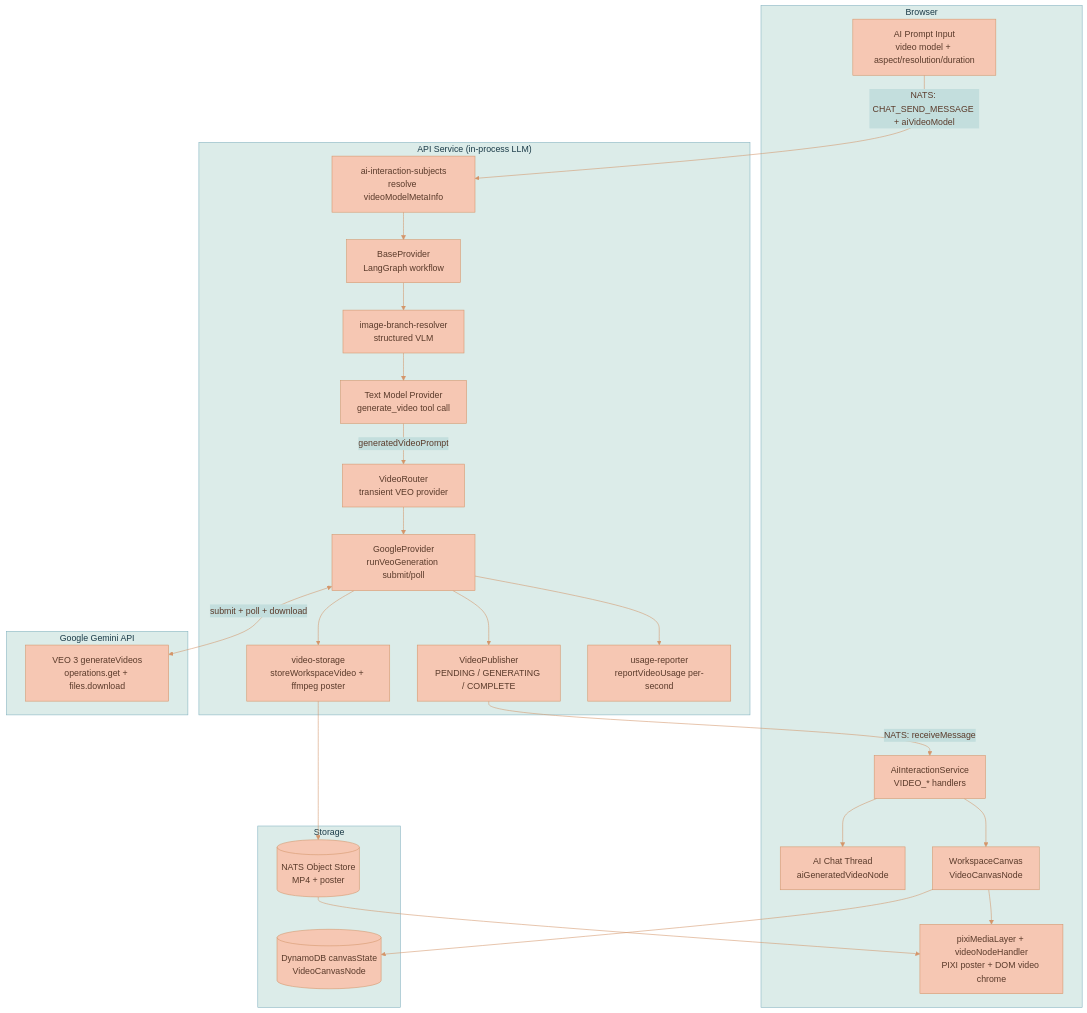
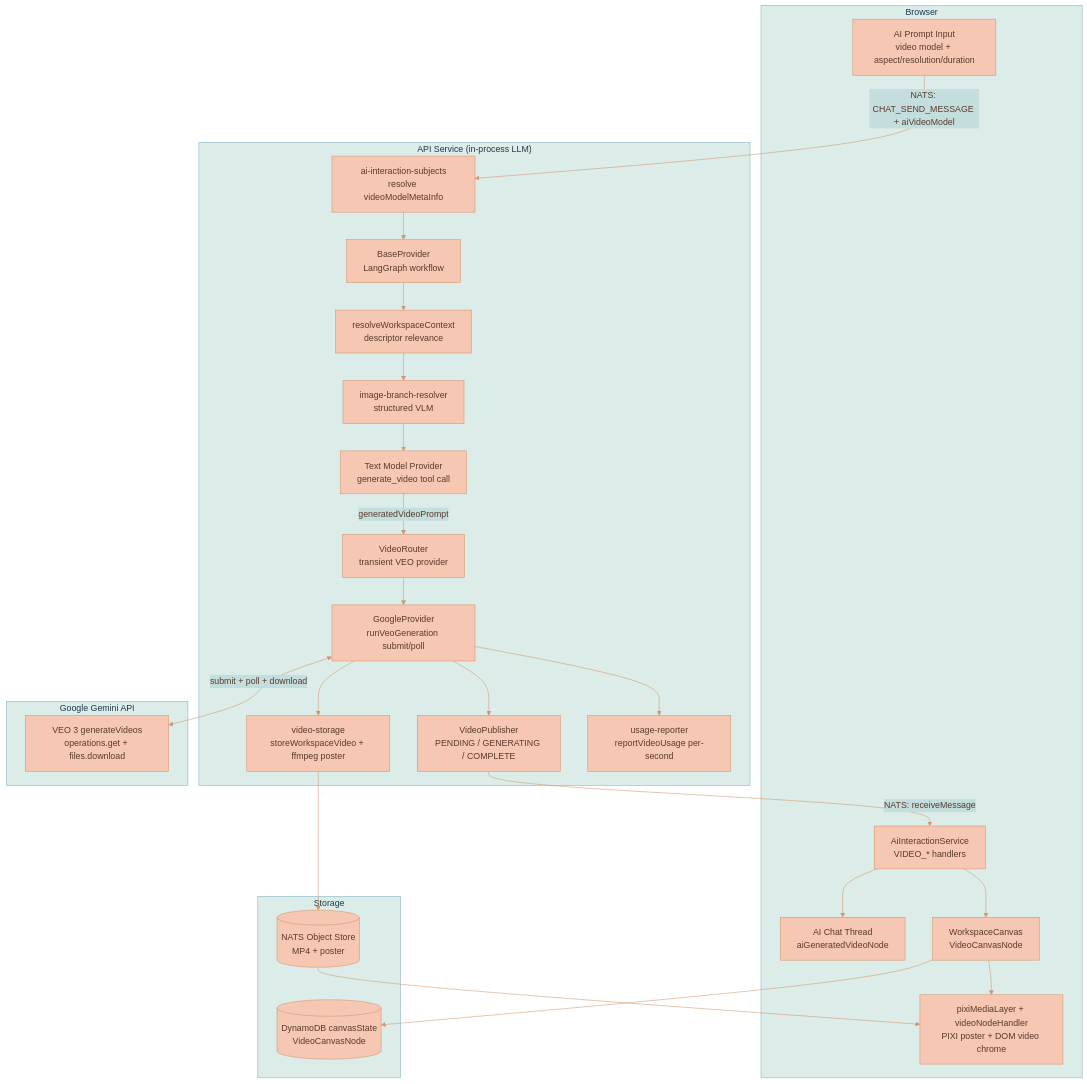
Before and after one commit to Lixpi/lixpi: the first of 3 diagrams in documentation/features/VIDEO-GENERATION.md, drawn with Mermaid. The commit also changed other lines of this file and 36 other files, not shown here.

````diff
--- a/documentation/features/VIDEO-GENERATION.md
+++ b/documentation/features/VIDEO-GENERATION.md
@@ -23,50 +25,52 @@
 ```mermaid
 %%{init: {'theme': 'base', 'themeVariables': { 'primaryColor': '#F6C7B3', 'primaryTextColor': '#5a3a2a', 'primaryBorderColor': '#d4956a', 'secondaryColor': '#C3DEDD', 'secondaryTextColor': '#1a3a47', 'secondaryBorderColor': '#4a8a9d', 'tertiaryColor': '#DCECE9', 'tertiaryTextColor': '#1a3a47', 'tertiaryBorderColor': '#82B2C0', 'lineColor': '#d4956a', 'textColor': '#5a3a2a'}}}%%
 flowchart TB
     subgraph Frontend["Browser"]
         Input[AI Prompt Input<br/>video model + aspect/resolution/duration]
         AIS[AiInteractionService<br/>VIDEO_* handlers]
         Editor[AI Chat Thread<br/>aiGeneratedVideoNode]
         Canvas[WorkspaceCanvas<br/>VideoCanvasNode]
         VideoChrome[pixiMediaLayer + videoNodeHandler<br/>PIXI poster + DOM video chrome]
     end
 
     subgraph Backend["API Service (in-process LLM)"]
         Gateway[ai-interaction-subjects<br/>resolve videoModelMetaInfo]
         Graph[BaseProvider<br/>LangGraph workflow]
+        Relevance[resolveWorkspaceContext<br/>descriptor relevance]
         Resolver[image-branch-resolver<br/>structured VLM]
         TextModel[Text Model Provider<br/>generate_video tool call]
         VRouter[VideoRouter<br/>transient VEO provider]
         VEO[GoogleProvider<br/>runVeoGeneration submit/poll]
         Storage[video-storage<br/>storeWorkspaceVideo + ffmpeg poster]
         VPub[VideoPublisher<br/>PENDING / GENERATING / COMPLETE]
         Usage[usage-reporter<br/>reportVideoUsage per-second]
     end
 
     subgraph Google["Google Gemini API"]
         VeoApi[VEO 3 generateVideos<br/>operations.get + files.download]
     end
 
     subgraph Store["Storage"]
         Obj[(NATS Object Store<br/>MP4 + poster)]
         DDB[(DynamoDB canvasState<br/>VideoCanvasNode)]
     end
 
     Input -->|NATS: CHAT_SEND_MESSAGE + aiVideoModel| Gateway
     Gateway --> Graph
-    Graph --> Resolver
+    Graph --> Relevance
+    Relevance --> Resolver
     Resolver --> TextModel
     TextModel -->|generatedVideoPrompt| VRouter
     VRouter --> VEO
     VEO <-->|submit + poll + download| VeoApi
     VEO --> Storage
     Storage --> Obj
     VEO --> VPub
     VPub -->|NATS: receiveMessage| AIS
     AIS --> Editor
     AIS --> Canvas
     Canvas --> VideoChrome
     Canvas --> DDB
     Obj --> VideoChrome
     VEO --> Usage
 ```
````
